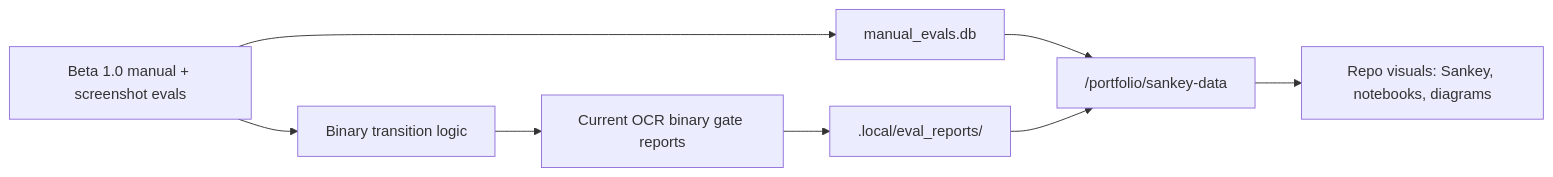
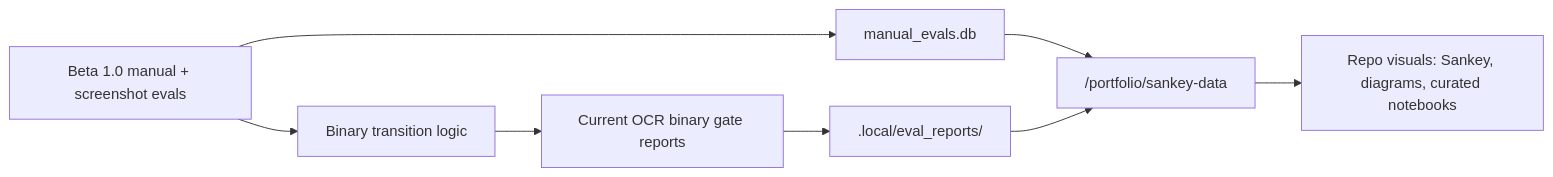
One commit to tryskian/polinko changed the third of 3 diagrams in docs/public/DIAGRAMS.md. Above: the diagram before and after it, drawn with Mermaid. The commit also changed other lines of this file and 11 other files, not shown here.

````diff
--- a/docs/public/DIAGRAMS.md
+++ b/docs/public/DIAGRAMS.md
@@ -46,11 +46,11 @@
 ```mermaid
 flowchart LR
   B1["Beta 1.0 manual + screenshot evals"] --> X["Binary transition logic"]
   X --> B2["Current OCR binary gate reports"]
 
   B1 --> W["manual_evals.db"]
   B2 --> R[".local/eval_reports/"]
   W --> P["/portfolio/sankey-data"]
   R --> P
-  P --> V["Repo visuals: Sankey, notebooks, diagrams"]
+  P --> V["Repo visuals: Sankey, diagrams, curated notebooks"]
 ```
````
